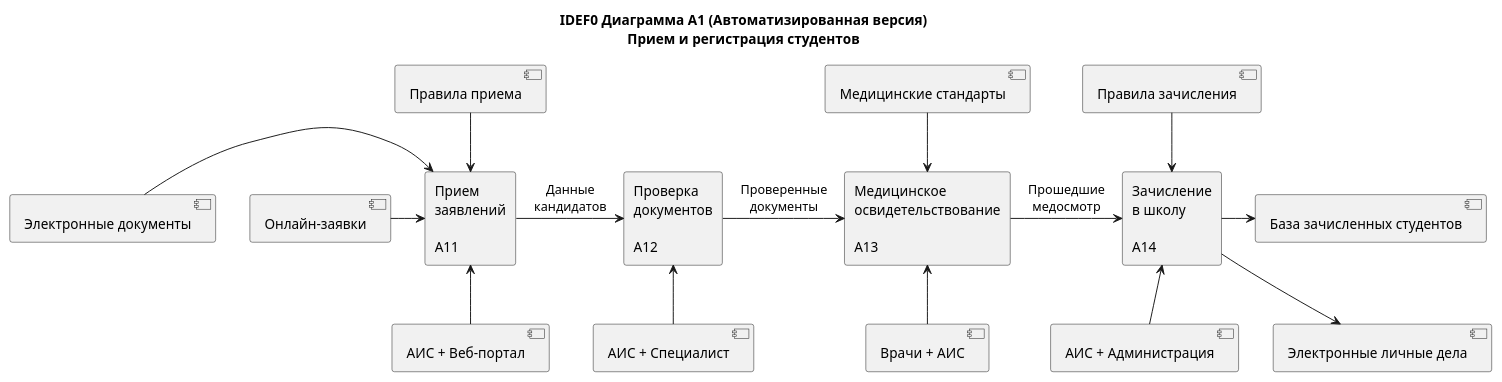
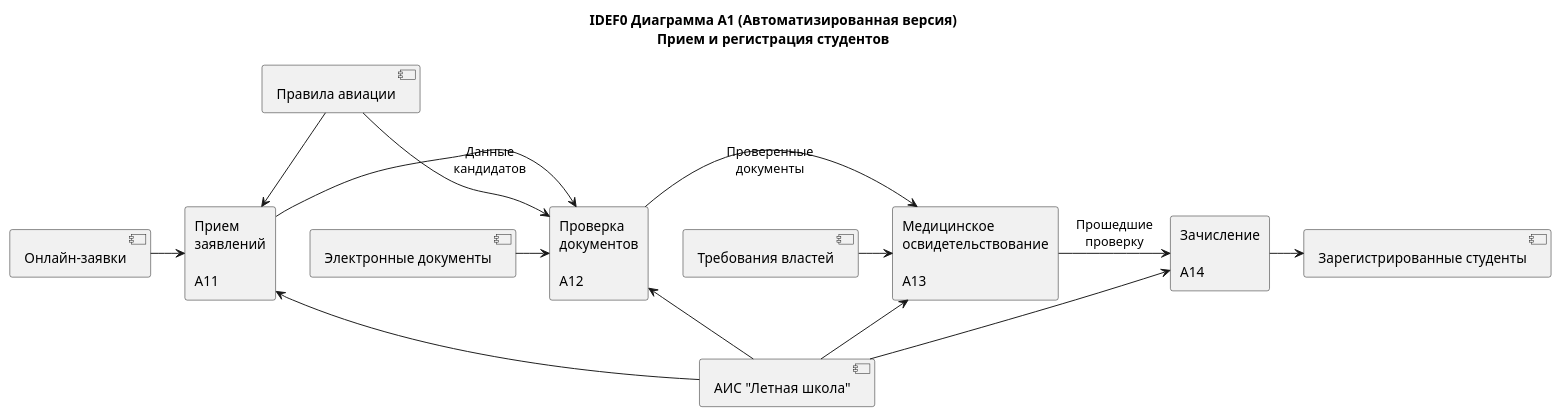
The diagram in diagrams/idef0/automated/A1_admission.puml (oINCLUDEo/Coursework2), drawn with PlantUML before and after one commit. The commit also changed 9 other files, not shown here.

Commit message:
Fix IDEF0 consistency: all elements in child diagrams now come from parent level

```diff
--- a/diagrams/idef0/automated/A1_admission.puml
+++ b/diagrams/idef0/automated/A1_admission.puml
@@ -1,34 +1,33 @@
 @startuml A1 Прием и регистрация (Автоматизированная)
 
 title IDEF0 Диаграмма A1 (Автоматизированная версия)\nПрием и регистрация студентов
 
 rectangle "Прием\nзаявлений\n\nA11" as A11
 rectangle "Проверка\nдокументов\n\nA12" as A12
 rectangle "Медицинское\nосвидетельствование\n\nA13" as A13
-rectangle "Зачисление\nв школу\n\nA14" as A14
+rectangle "Зачисление\n\nA14" as A14
 
-' Входы - максимум 3
+' Входы - те же что в A0 для процесса A1
 [Онлайн-заявки] -right-> A11
-[Электронные документы] -right-> A11
+[Электронные документы] -right-> A12
+[Требования властей] -right-> A13
 
 ' Потоки между процессами
 A11 -right-> A12 : Данные\nкандидатов
 A12 -right-> A13 : Проверенные\nдокументы
-A13 -right-> A14 : Прошедшие\nмедосмотр
+A13 -right-> A14 : Прошедшие\nпроверку
 
-' Управление - максимум 4
-[Правила приема] -down-> A11
-[Медицинские стандарты] -down-> A13
-[Правила зачисления] -down-> A14
+' Управление - те же что в A0 для процесса A1
+[Правила авиации] -down-> A11
+[Правила авиации] -down-> A12
 
-' Выходы - максимум 4
-A14 -right-> [База зачисленных студентов]
-A14 -down-> [Электронные личные дела]
+' Выходы - внутренний поток к A2
+A14 -right-> [Зарегистрированные студенты]
 
-' Механизмы - максимум 5
-[АИС + Веб-портал] -up-> A11
-[АИС + Специалист] -up-> A12
-[Врачи + АИС] -up-> A13
-[АИС + Администрация] -up-> A14
+' Механизмы - те же что в A0 для процесса A1
+[АИС "Летная школа"] -up-> A11
+[АИС "Летная школа"] -up-> A12
+[АИС "Летная школа"] -up-> A13
+[АИС "Летная школа"] -up-> A14
 
 @enduml
```
